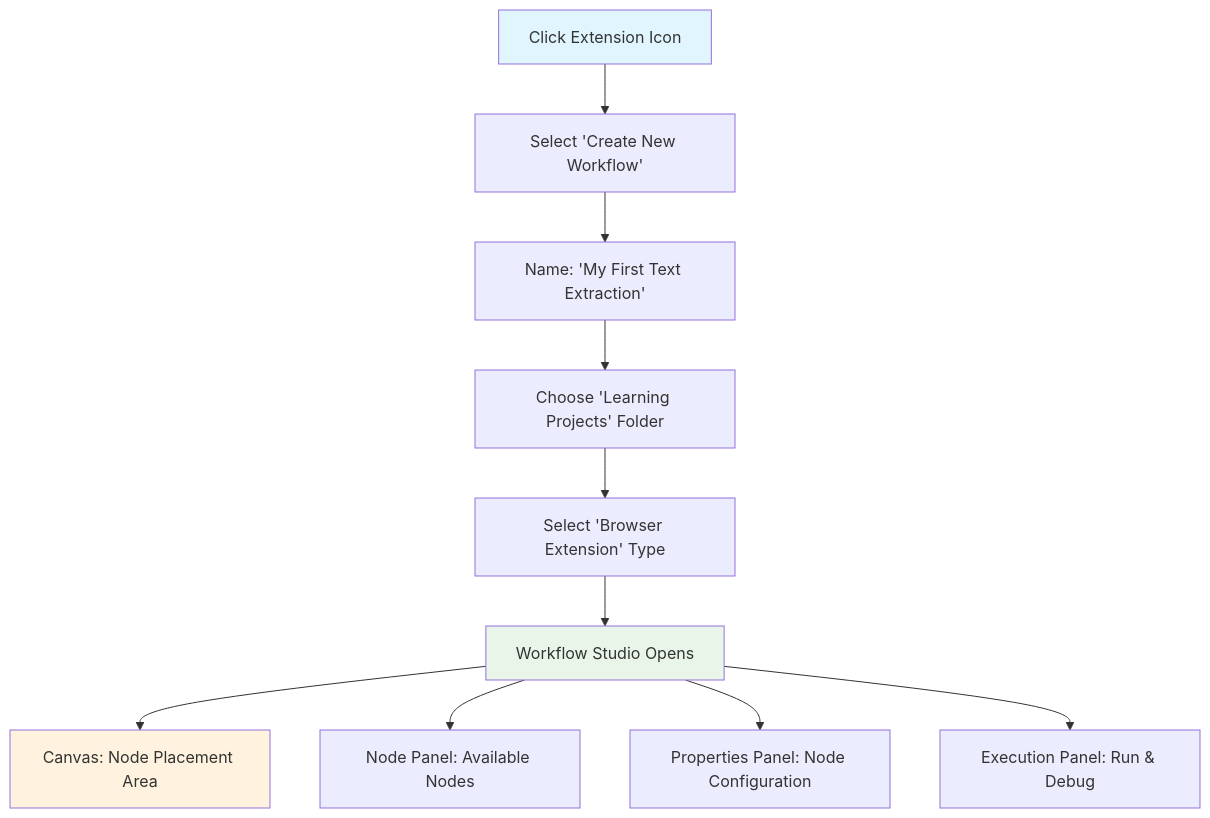
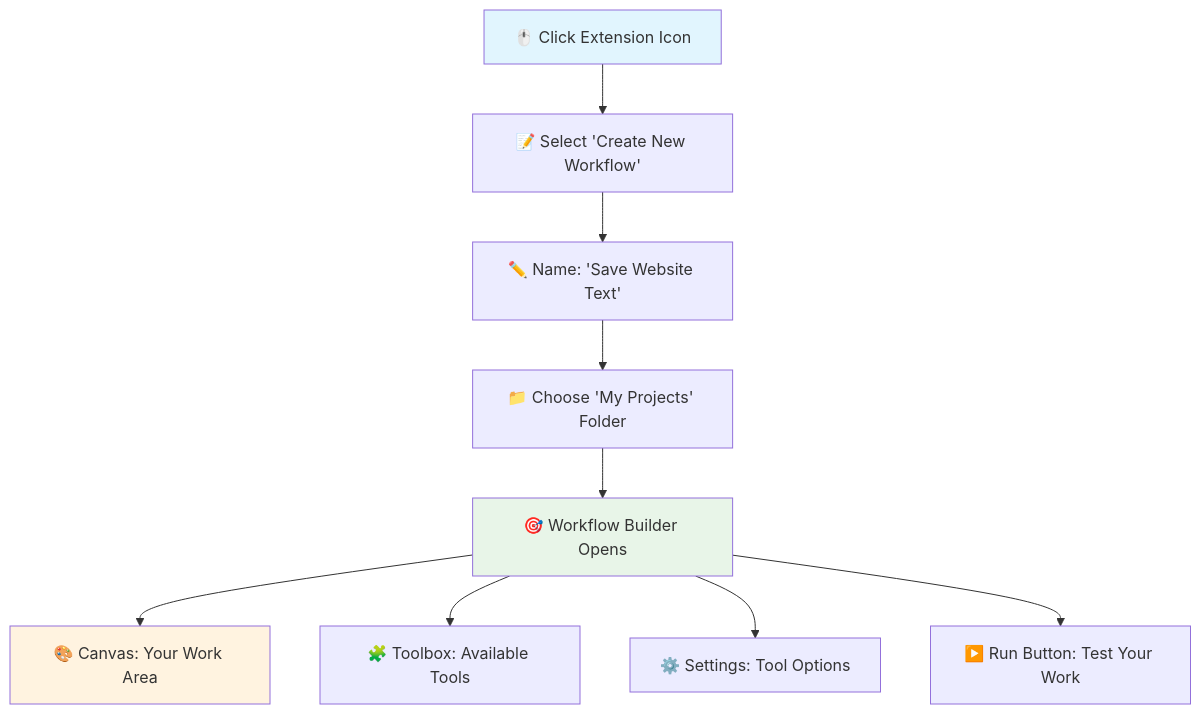
One commit to agentic-com/Agentic-Flow-Doc changed the first of 3 diagrams in src/content/docs/learning/text-courses/beginner/first-workflow.md. Above: the diagram before and after it, drawn with Mermaid. The commit also changed other lines of this file and 4 other files, not shown here.

````diff
--- a/src/content/docs/learning/text-courses/beginner/first-workflow.md
+++ b/src/content/docs/learning/text-courses/beginner/first-workflow.md
@@ -34,17 +38,16 @@
 ```mermaid
 flowchart TD
-    A[Click Extension Icon] --> B[Select 'Create New Workflow']
-    B --> C[Name: 'My First Text Extraction']
-    C --> D[Choose 'Learning Projects' Folder]
-    D --> E[Select 'Browser Extension' Type]
-    E --> F[Workflow Studio Opens]
+    A[🖱️ Click Extension Icon] --> B[📝 Select 'Create New Workflow']
+    B --> C[✏️ Name: 'Save Website Text']
+    C --> D[📁 Choose 'My Projects' Folder]
+    D --> E[🎯 Workflow Builder Opens]
     
-    F --> G[Canvas: Node Placement Area]
-    F --> H[Node Panel: Available Nodes]
-    F --> I[Properties Panel: Node Configuration]
-    F --> J[Execution Panel: Run & Debug]
+    E --> F[🎨 Canvas: Your Work Area]
+    E --> G[🧩 Toolbox: Available Tools]
+    E --> H[⚙️ Settings: Tool Options]
+    E --> I[▶️ Run Button: Test Your Work]
     
     style A fill:#e1f5fe
-    style F fill:#e8f5e8
-    style G fill:#fff3e0
+    style E fill:#e8f5e8
+    style F fill:#fff3e0
 ```
````
